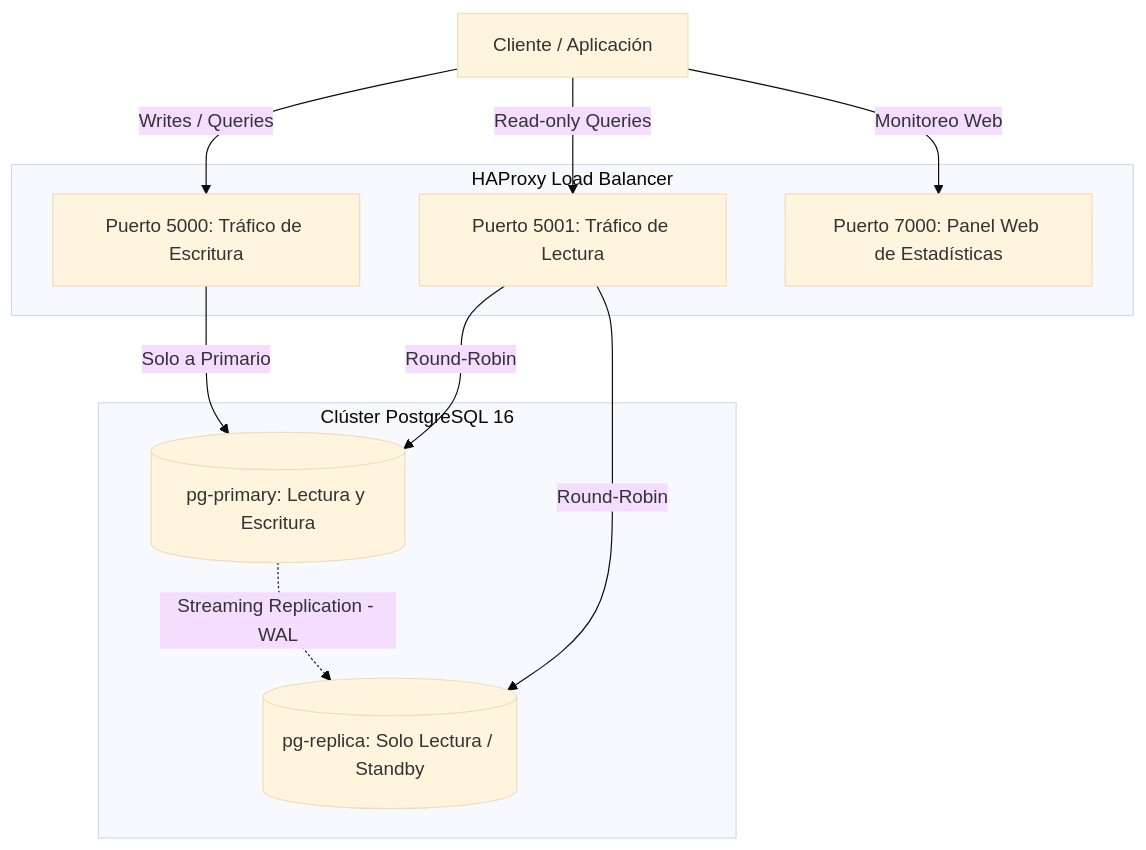
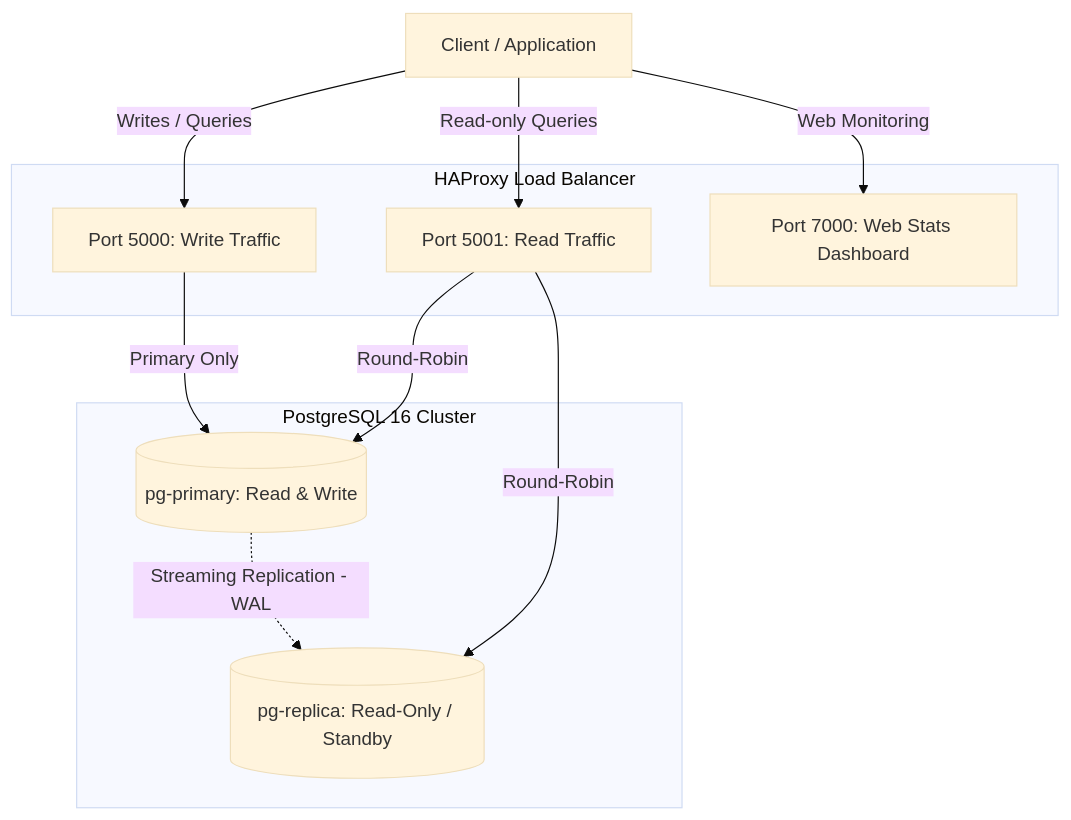
The diagram in README.md (ibra-root/postgres-ha-cluster), drawn with Mermaid (base theme) before and after one commit. The commit also changed other lines of this file, not shown here.

````diff
--- a/README.md
+++ b/README.md
@@ -9,25 +9,25 @@
 ```mermaid
 graph TD
-    Client[Cliente / Aplicación]
+    Client[Client / Application]
 
     subgraph HAProxy [HAProxy Load Balancer]
-        P5000[Puerto 5000: Tráfico de Escritura]
-        P5001[Puerto 5001: Tráfico de Lectura]
-        P7000[Puerto 7000: Panel Web de Estadísticas]
+        P5000[Port 5000: Write Traffic]
+        P5001[Port 5001: Read Traffic]
+        P7000[Port 7000: Web Stats Dashboard]
     end
 
-    subgraph Database [Clúster PostgreSQL 16]
-        Primary[(pg-primary: Lectura y Escritura)]
-        Replica[(pg-replica: Solo Lectura / Standby)]
+    subgraph Database [PostgreSQL 16 Cluster]
+        Primary[(pg-primary: Read & Write)]
+        Replica[(pg-replica: Read-Only / Standby)]
     end
 
     Client -->|Writes / Queries| P5000
     Client -->|Read-only Queries| P5001
-    Client -->|Monitoreo Web| P7000
+    Client -->|Web Monitoring| P7000
 
-    P5000 -->|Solo a Primario| Primary
+    P5000 -->|Primary Only| Primary
     P5001 -->|Round-Robin| Primary
     P5001 -->|Round-Robin| Replica
 
     Primary -.->|Streaming Replication - WAL| Replica
 ```
````
